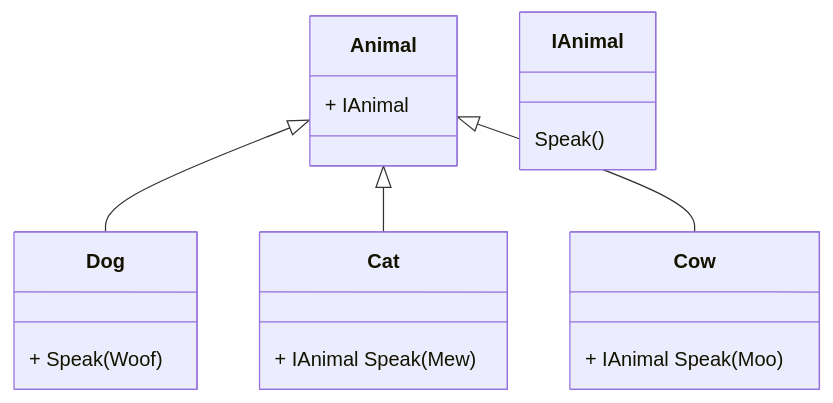
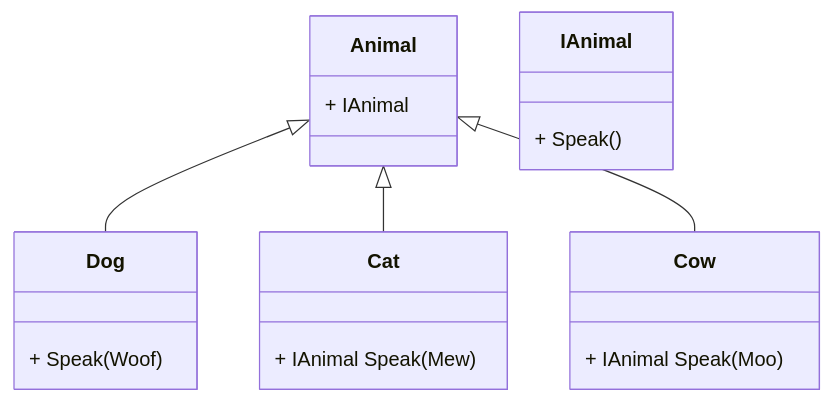
One commit to TGabinW/CW6 changed the diagram in README.md. Above: the diagram before and after it, drawn with Mermaid.

````diff
--- a/README.md
+++ b/README.md
@@ -3,17 +3,17 @@
 ```mermaid
 classDiagram
     Animal <|-- Dog
     Animal <|-- Cat
     Animal <|-- Cow
     Animal: + IAnimal
-    IAnimal: Speak()
+    IAnimal: + Speak()
     class Dog{
         +  Speak(Woof)
     }
     class Cat{
         + IAnimal Speak(Mew)
     }
     class Cow{
         + IAnimal Speak(Moo)
     }
 ```
````
